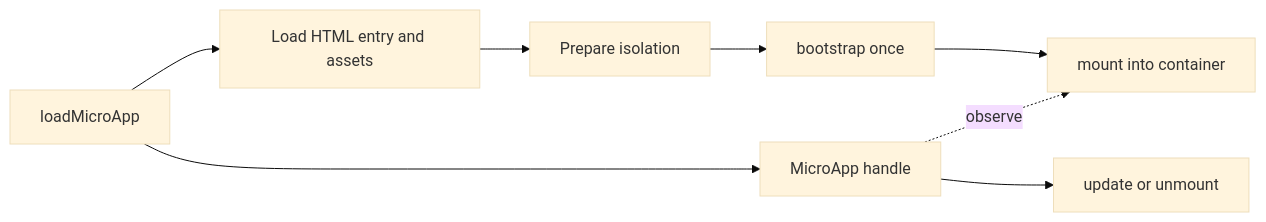
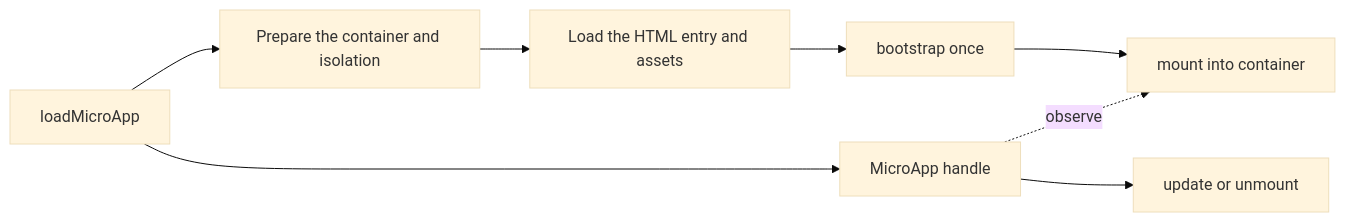
One commit to umijs/qiankun changed the diagram in docs/concepts/architecture.md. Above: the diagram before and after it, drawn with Mermaid (base theme). The commit also changed 66 other files, not shown here.

````diff
--- a/docs/concepts/architecture.md
+++ b/docs/concepts/architecture.md
@@ -36,10 +36,10 @@
 ```mermaid
 flowchart LR
-  A[loadMicroApp] --> B[Load HTML entry and assets]
-  B --> C[Prepare isolation]
+  A[loadMicroApp] --> B[Prepare the container and isolation]
+  B --> C[Load the HTML entry and assets]
   C --> D[bootstrap once]
   D --> E[mount into container]
   A --> F[MicroApp handle]
   F -. observe .-> E
   F --> G[update or unmount]
 ```
````
